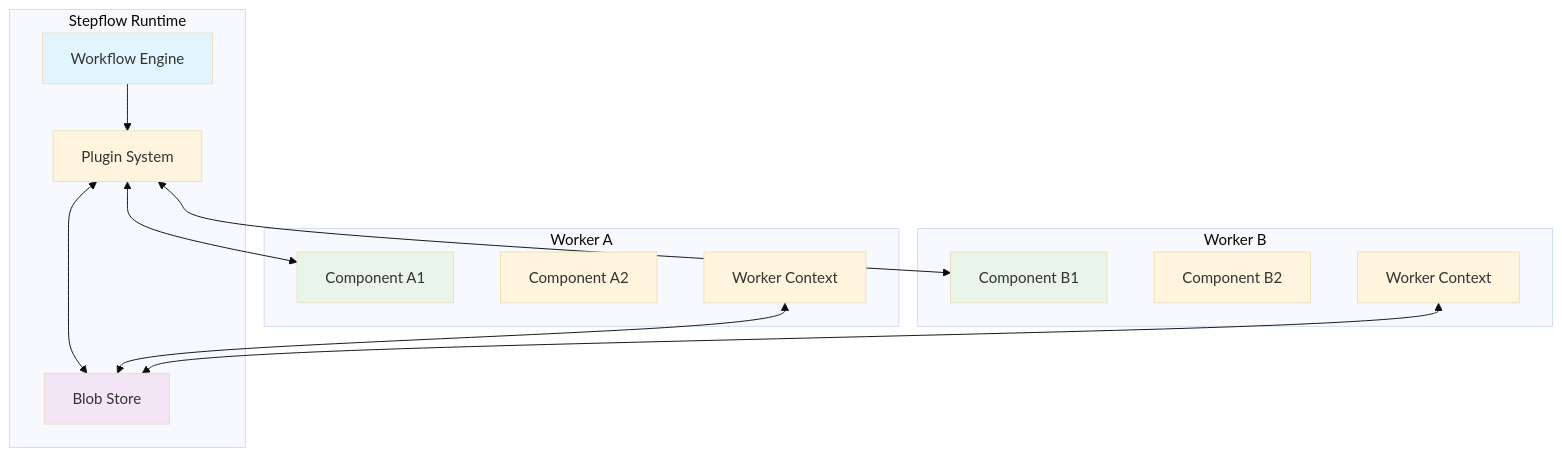
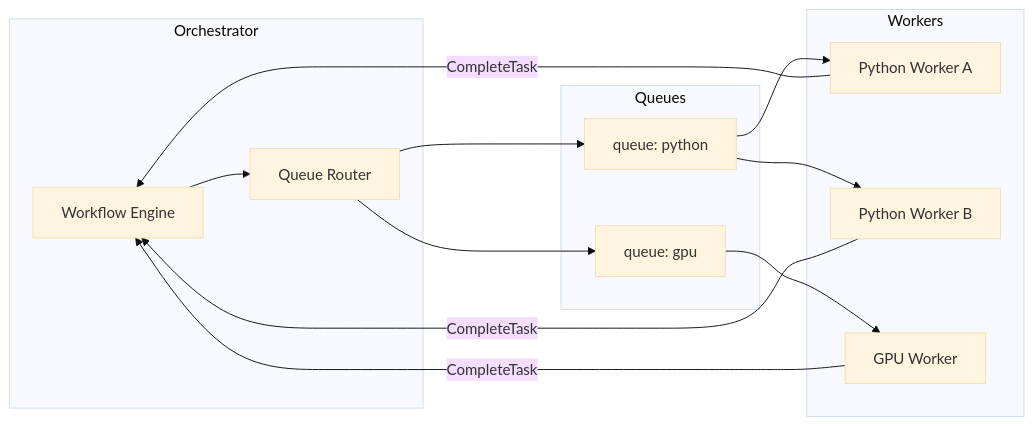
Before and after one commit to stepflow-ai/stepflow: the first of 2 diagrams in docs/docs/protocol/index.md, drawn with Mermaid (base theme). The commit also changed other lines of this file and 33 other files, not shown here.

First line of the commit message:
docs: Update documentation for gRPC-first architecture (#816)

````diff
--- a/docs/docs/protocol/index.md
+++ b/docs/docs/protocol/index.md
@@ -17,32 +11,29 @@
 ```mermaid
-graph TB
-    subgraph "Stepflow Runtime"
+graph LR
+    subgraph Orchestrator
         WE[Workflow Engine]
-        PS[Plugin System]
-        BS[Blob Store]
+        QR[Queue Router]
     end
 
-    subgraph "Worker A"
-        CA1[Component A1]
-        CA2[Component A2]
-        CTX[Worker Context]
+    subgraph Queues
+        Q1["queue: python"]
+        Q2["queue: gpu"]
     end
 
-    subgraph "Worker B"
-        CB1[Component B1]
-        CB2[Component B2]
-        CTX2[Worker Context]
+    subgraph Workers
+        W1[Python Worker A]
+        W2[Python Worker B]
+        W3[GPU Worker]
     end
 
-    WE --> PS
-    PS <--> CA1
-    PS <--> CB1
-    PS <--> BS
-    CTX <--> BS
-    CTX2 <--> BS
+    WE --> QR
+    QR --> Q1
+    QR --> Q2
+    Q1 --> W1
+    Q1 --> W2
+    Q2 --> W3
 
-    style WE fill:#e1f5fe
-    style BS fill:#f3e5f5
-    style CA1 fill:#e8f5e8
-    style CB1 fill:#e8f5e8
+    W1 -->|CompleteTask| WE
+    W2 -->|CompleteTask| WE
+    W3 -->|CompleteTask| WE
 ```
````
